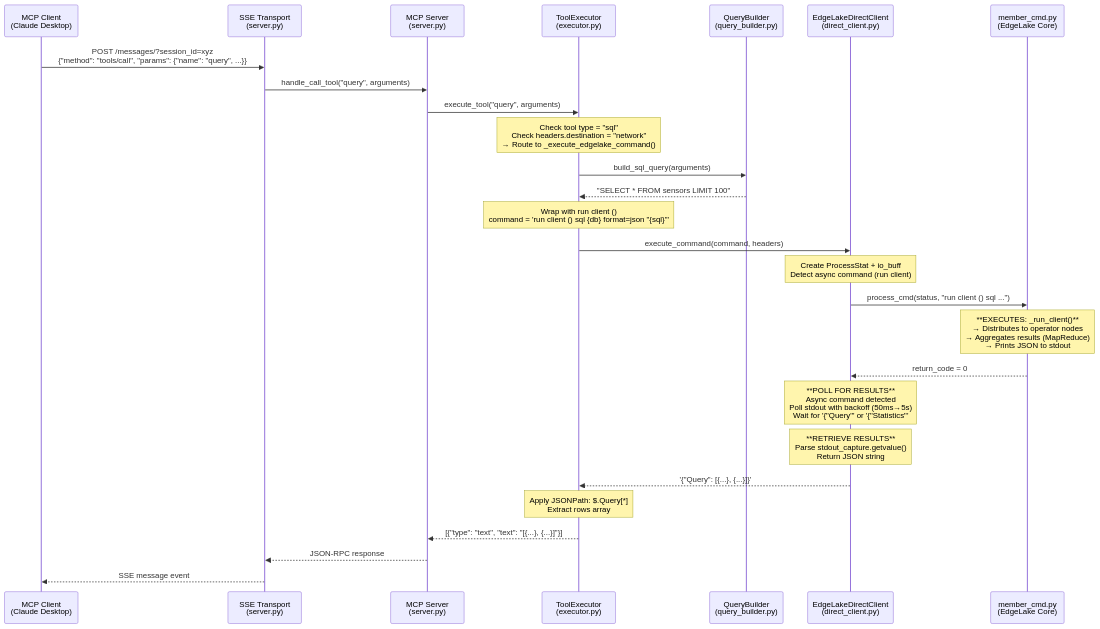
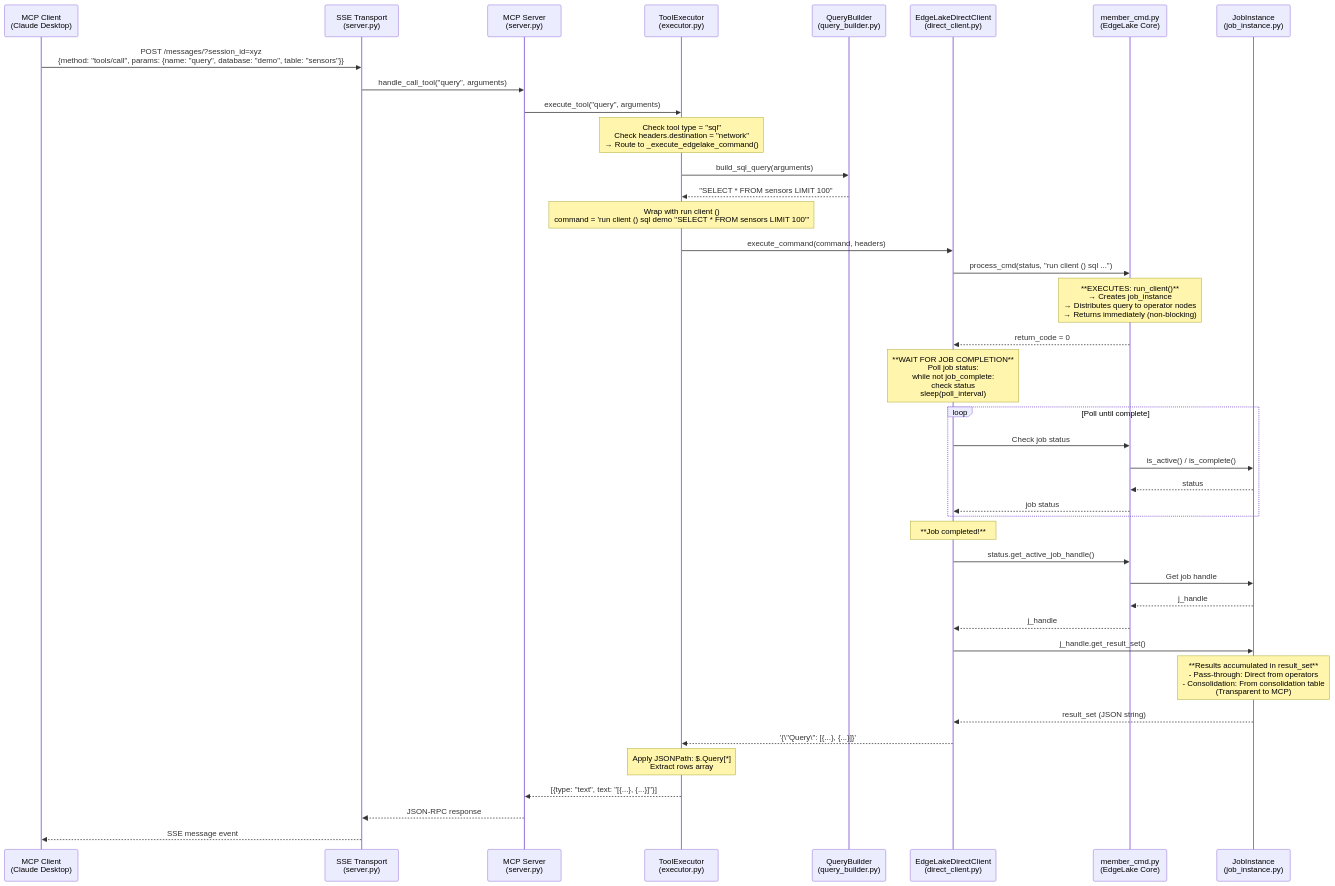
One commit to tom342178/EdgeLake changed the second of 4 diagrams in edge_lake/mcp_server/TOOL_EXECUTION_FLOW.md. Above: the diagram before and after it, drawn with Mermaid. The commit also changed other lines of this file and 1 other file, not shown here.

First line of the commit message:
Docs: Add format=mcp design decision and correct tool execution flow

````diff
--- a/edge_lake/mcp_server/TOOL_EXECUTION_FLOW.md
+++ b/edge_lake/mcp_server/TOOL_EXECUTION_FLOW.md
@@ -76,43 +88,60 @@
 ```mermaid
 sequenceDiagram
     participant Client as MCP Client<br/>(Claude Desktop)
     participant SSE as SSE Transport<br/>(server.py)
     participant Server as MCP Server<br/>(server.py)
     participant Executor as ToolExecutor<br/>(executor.py)
     participant QueryBuilder as QueryBuilder<br/>(query_builder.py)
     participant DirectClient as EdgeLakeDirectClient<br/>(direct_client.py)
     participant MemberCmd as member_cmd.py<br/>(EdgeLake Core)
+    participant JobInstance as JobInstance<br/>(job_instance.py)
 
-    Client->>SSE: POST /messages/?session_id=xyz<br/>{"method": "tools/call", "params": {"name": "query", ...}}
+    Client->>SSE: POST /messages/?session_id=xyz<br/>{method: "tools/call", params: {name: "query", database: "demo", table: "sensors"}}
     SSE->>Server: handle_call_tool("query", arguments)
     Server->>Executor: execute_tool("query", arguments)
 
     Note over Executor: Check tool type = "sql"<br/>Check headers.destination = "network"<br/>→ Route to _execute_edgelake_command()
 
     Executor->>QueryBuilder: build_sql_query(arguments)
     QueryBuilder-->>Executor: "SELECT * FROM sensors LIMIT 100"
 
-    Note over Executor: Wrap with run client ()<br/>command = 'run client () sql {db} format=json "{sql}"'
+    Note over Executor: Wrap with run client ()<br/>command = 'run client () sql demo "SELECT * FROM sensors LIMIT 100"'
 
     Executor->>DirectClient: execute_command(command, headers)
 
-    Note over DirectClient: Create ProcessStat + io_buff<br/>Detect async command (run client)
-
     DirectClient->>MemberCmd: process_cmd(status, "run client () sql ...")
 
-    Note over MemberCmd: **EXECUTES: _run_client()**<br/>→ Distributes to operator nodes<br/>→ Aggregates results (MapReduce)<br/>→ Prints JSON to stdout
+    Note over MemberCmd: **EXECUTES: run_client()**<br/>→ Creates job_instance<br/>→ Distributes query to operator nodes<br/>→ Returns immediately (non-blocking)
 
     MemberCmd-->>DirectClient: return_code = 0
 
-    Note over DirectClient: **POLL FOR RESULTS**<br/>Async command detected<br/>Poll stdout with backoff (50ms→5s)<br/>Wait for '{"Query"' or '{"Statistics"'
+    Note over DirectClient: **WAIT FOR JOB COMPLETION**<br/>Poll job status:<br/>while not job_complete:<br/>  check status<br/>  sleep(poll_interval)
 
-    Note over DirectClient: **RETRIEVE RESULTS**<br/>Parse stdout_capture.getvalue()<br/>Return JSON string
+    loop Poll until complete
+        DirectClient->>MemberCmd: Check job status
+        MemberCmd->>JobInstance: is_active() / is_complete()
+        JobInstance-->>MemberCmd: status
+        MemberCmd-->>DirectClient: job status
+    end
 
-    DirectClient-->>Executor: '{"Query": [{...}, {...}]}'
+    Note over DirectClient: **Job completed!**
+
+    DirectClient->>MemberCmd: status.get_active_job_handle()
+    MemberCmd->>JobInstance: Get job handle
+    JobInstance-->>MemberCmd: j_handle
+    MemberCmd-->>DirectClient: j_handle
+
+    DirectClient->>JobInstance: j_handle.get_result_set()
+
+    Note over JobInstance: **Results accumulated in result_set**<br/>- Pass-through: Direct from operators<br/>- Consolidation: From consolidation table<br/>(Transparent to MCP)
+
+    JobInstance-->>DirectClient: result_set (JSON string)
+
+    DirectClient-->>Executor: '{\"Query\": [{...}, {...}]}'
 
     Note over Executor: Apply JSONPath: $.Query[*]<br/>Extract rows array
 
-    Executor-->>Server: [{"type": "text", "text": "[{...}, {...}]"}]
+    Executor-->>Server: [{type: "text", text: "[{...}, {...}]"}]
     Server-->>SSE: JSON-RPC response
     SSE-->>Client: SSE message event
 ```
````
